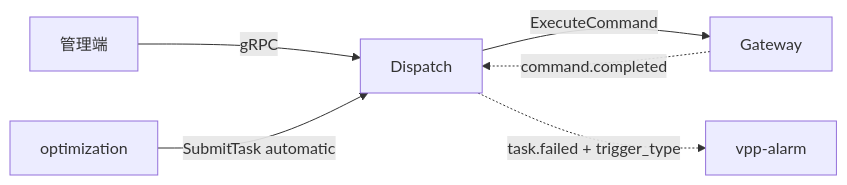
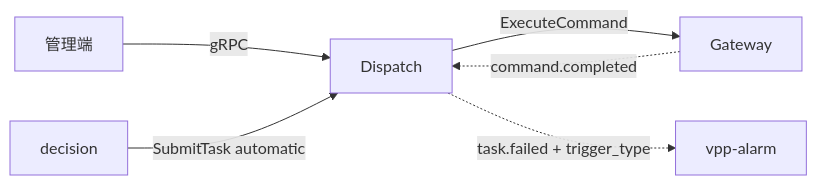
Before and after one commit to mushroomyuan/vpp-backend: the second of 2 diagrams in internal/dispatch/OVERVIEW.md, drawn with Mermaid. The commit also changed other lines of this file and 230 other files, not shown here.

First line of the commit message:
feat(decision): replace optimization with a persisted decision service

````diff
--- a/internal/dispatch/OVERVIEW.md
+++ b/internal/dispatch/OVERVIEW.md
@@ -111,8 +111,8 @@
 ```mermaid
 flowchart LR
     Admin[管理端] -->|gRPC| Dis[Dispatch]
-    Opt[optimization] -->|SubmitTask automatic| Dis
+    Dec[decision] -->|SubmitTask automatic| Dis
     Dis -->|ExecuteCommand| GW[Gateway]
     GW -.->|command.completed| Dis
     Dis -.->|task.failed + trigger_type| Alarm[vpp-alarm]
 ```
````
